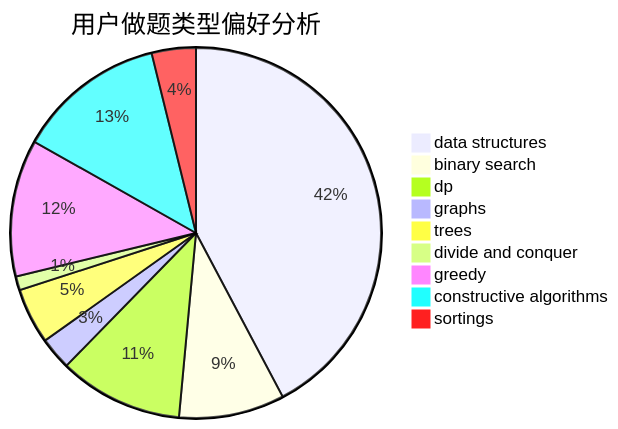
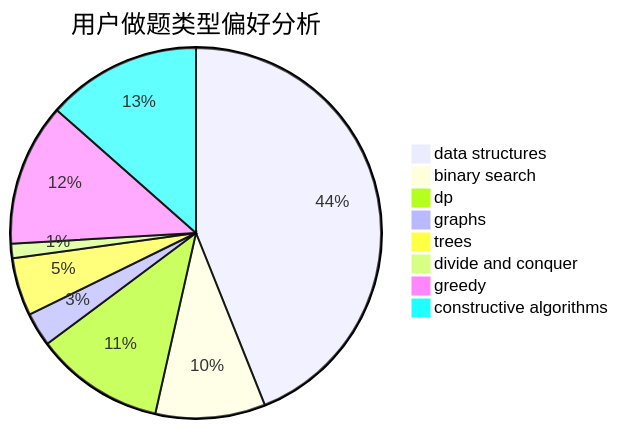
One commit to sherpahu/cfrs.github.io changed the second of 3 diagrams in docs/user/u22.md. Above: the diagram before and after it, drawn with Mermaid. The commit also changed other lines of this file and 2769 other files, not shown here.

````diff
--- a/docs/user/u22.md
+++ b/docs/user/u22.md
@@ -18,12 +18,11 @@
 ```mermaid
 pie title 用户做题类型偏好分析
     "data structures" :  417
     "binary search" :  91
     "dp" :  107
     "graphs" :  28
     "trees" :  48
     "divide and conquer" :  12
     "greedy" :  118
     "constructive algorithms" :  128
-    "sortings" :  38
 ```
````
